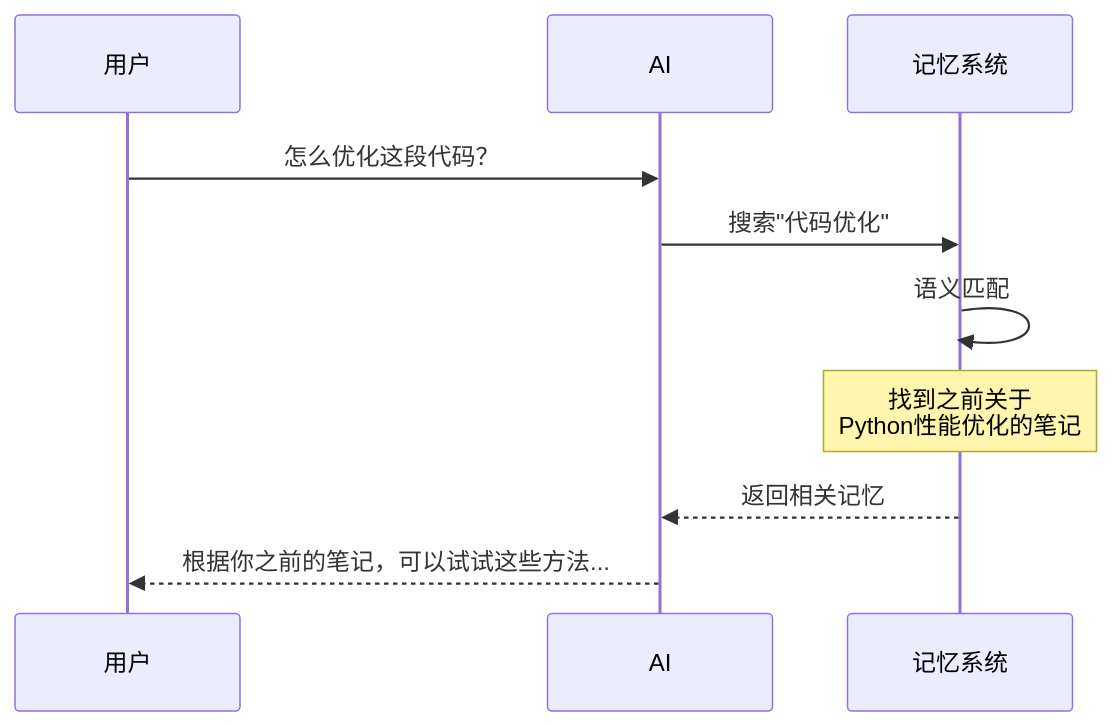
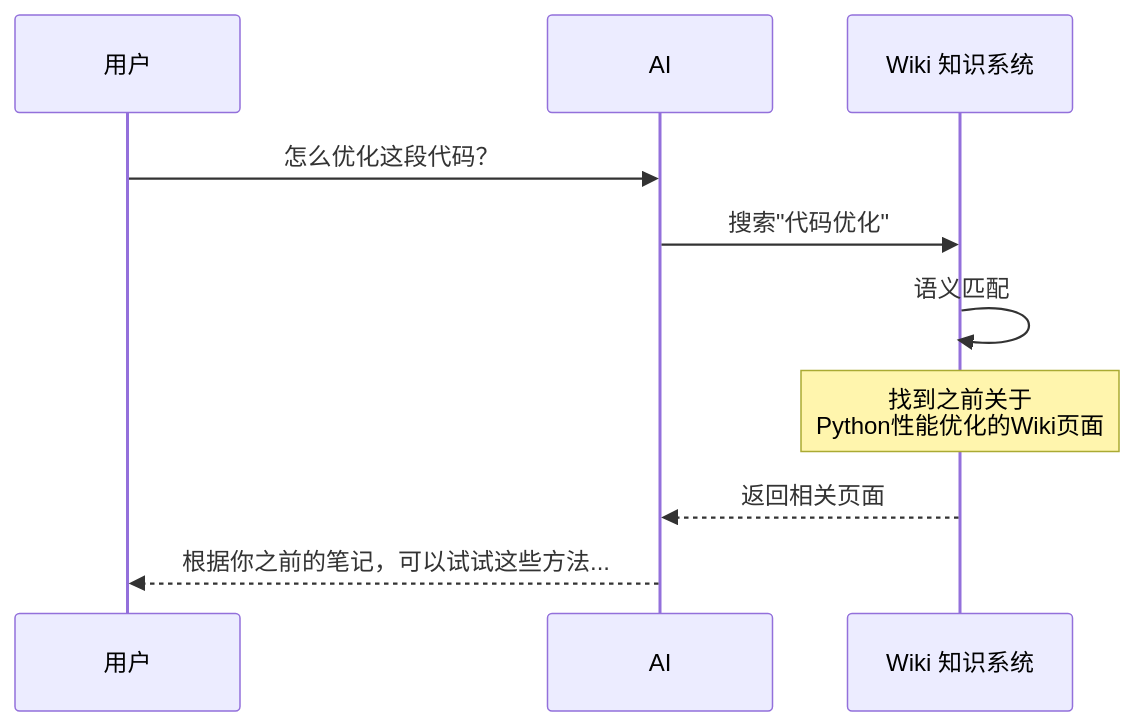
Diagram 12 of 12 in docs/memory-history.md (yeheng/nanobot-rs), drawn with Mermaid before and after one commit. The commit also changed other lines of this file and 57 other files, not shown here.

First line of the commit message:
feat: 用 Wiki 知识系统全面替换旧 Memory 记忆系统

````diff
--- a/docs/memory-history.md
+++ b/docs/memory-history.md
@@ -357,15 +368,15 @@
 ```mermaid
 sequenceDiagram
     participant U as 用户
     participant AI as AI
-    participant M as 记忆系统
+    participant M as Wiki 知识系统
     
     U->>AI: 怎么优化这段代码？
     
     AI->>M: 搜索"代码优化"
     M->>M: 语义匹配
-    Note over M: 找到之前关于<br/>Python性能优化的笔记
+    Note over M: 找到之前关于<br/>Python性能优化的Wiki页面
     
-    M-->>AI: 返回相关记忆
+    M-->>AI: 返回相关页面
     AI-->>U: 根据你之前的笔记，可以试试这些方法...
 ```
````
